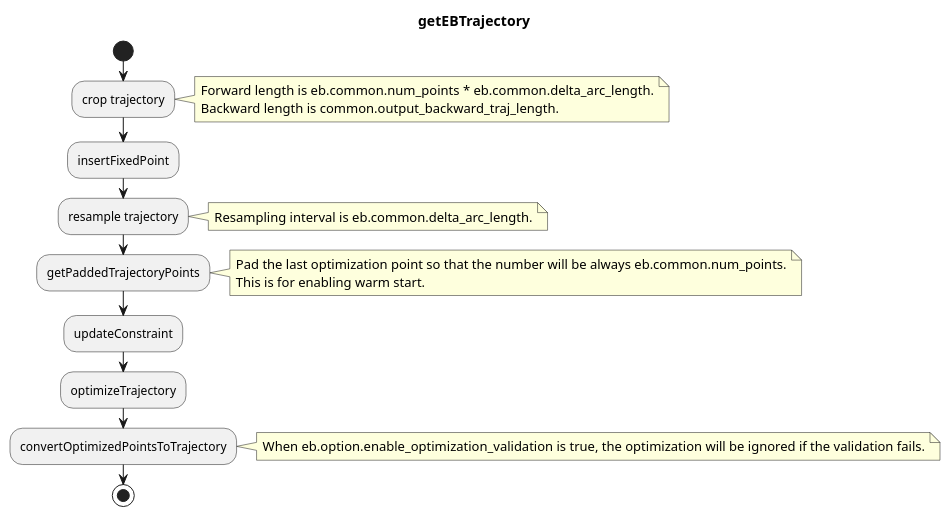
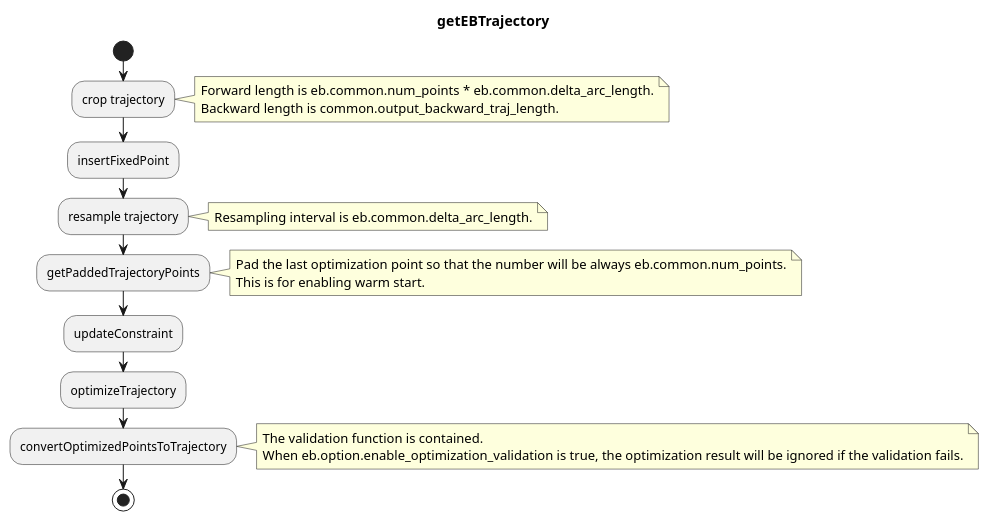
One commit to autowarefoundation/autoware.universe changed the diagram in planning/obstacle_avoidance_planner/docs/eb.md. Above: the diagram before and after it, drawn with PlantUML. The commit also changed 2 other files, not shown here.

````diff
--- a/planning/obstacle_avoidance_planner/docs/eb.md
+++ b/planning/obstacle_avoidance_planner/docs/eb.md
@@ -13,36 +13,37 @@
 ```plantuml
 @startuml
 title getEBTrajectory
 start
 
 :crop trajectory;
 note right
 Forward length is eb.common.num_points * eb.common.delta_arc_length.
 Backward length is common.output_backward_traj_length.
 end note
 
 :insertFixedPoint;
 
 :resample trajectory;
 note right
 Resampling interval is eb.common.delta_arc_length.
 end note
 
 :getPaddedTrajectoryPoints;
 note right
 Pad the last optimization point so that the number will be always eb.common.num_points.
 This is for enabling warm start.
 end note
 
 :updateConstraint;
 
 :optimizeTrajectory;
 
 :convertOptimizedPointsToTrajectory;
 note right
-When eb.option.enable_optimization_validation is true, the optimization will be ignored if the validation fails.
+The validation function is contained.
+When eb.option.enable_optimization_validation is true, the optimization result will be ignored if the validation fails.
 end note
 
 stop
 @enduml
 ```
````
